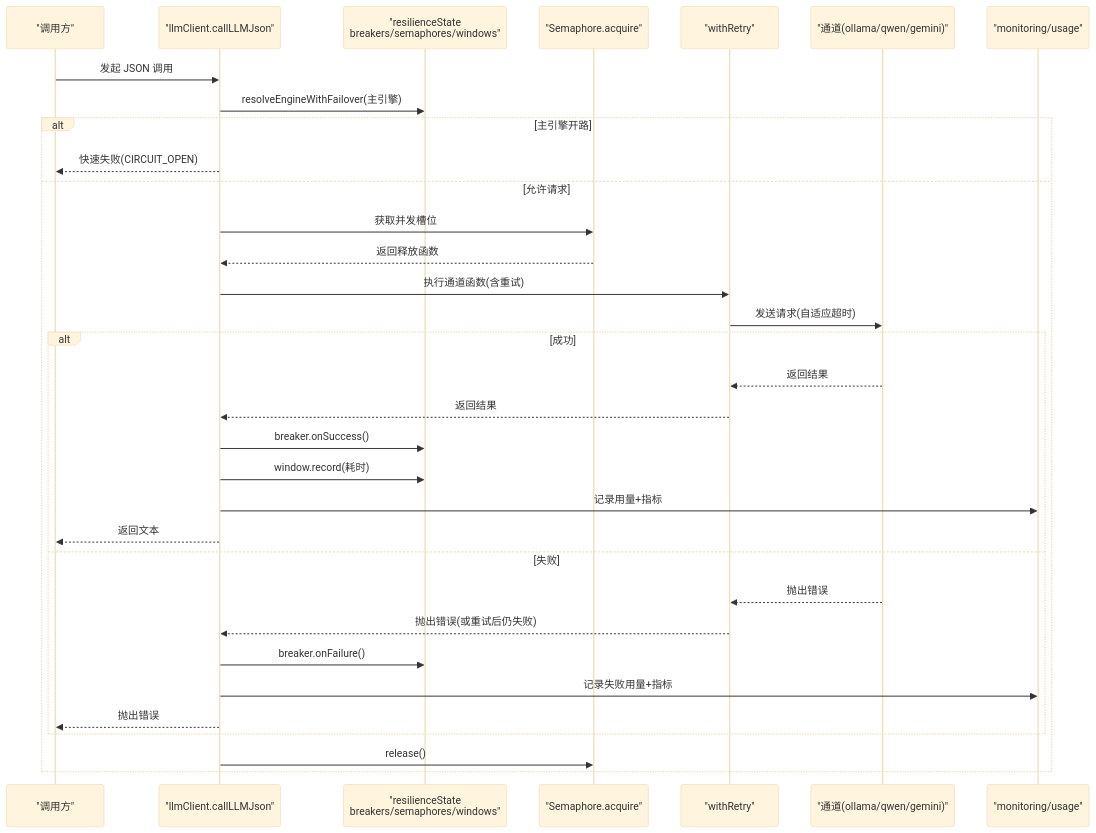
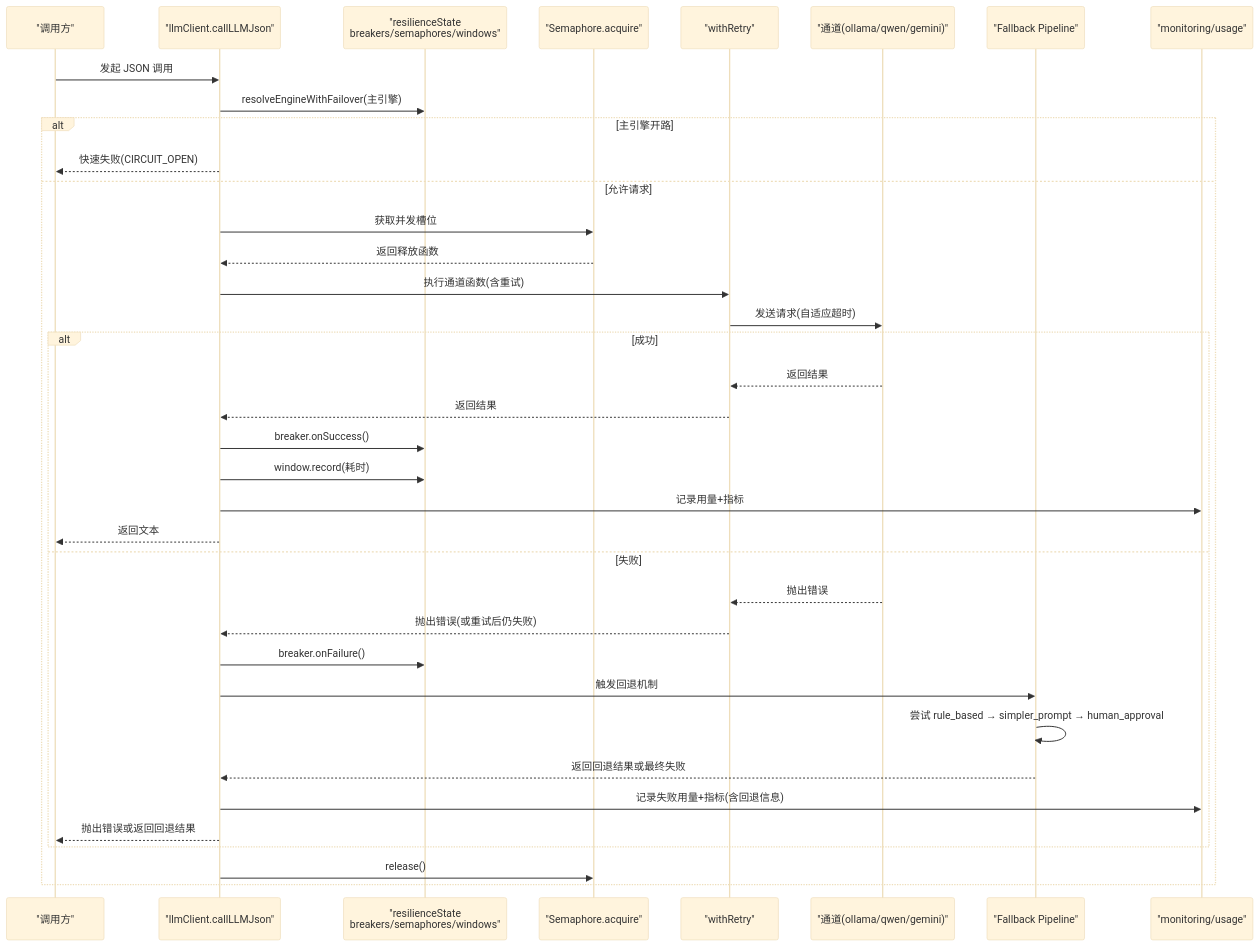
The second of 12 diagrams in .qoder/repowiki/zh/content/AI与LLM集成/容错与故障转移.md (dgjin/smart-data-analytics), drawn with Mermaid (base theme) before and after one commit. The commit also changed other lines of this file and 10 other files, not shown here.

First line of the commit message:
feat(query): Strategy C Human Approval 人工审核队列（v0.9.45）

````diff
--- a/.qoder/repowiki/zh/content/AI与LLM集成/容错与故障转移.md
+++ b/.qoder/repowiki/zh/content/AI与LLM集成/容错与故障转移.md
@@ -108,35 +138,39 @@
 ```mermaid
 sequenceDiagram
 participant U as "调用方"
 participant C as "llmClient.callLLMJson"
 participant R as "resilienceState<br/>breakers/semaphores/windows"
 participant S as "Semaphore.acquire"
 participant RT as "withRetry"
 participant CH as "通道(ollama/qwen/gemini)"
+participant FB as "Fallback Pipeline"
 participant M as "monitoring/usage"
 U->>C : 发起 JSON 调用
 C->>R : resolveEngineWithFailover(主引擎)
 alt 主引擎开路
 C-->>U : 快速失败(CIRCUIT_OPEN)
 else 允许请求
 C->>S : 获取并发槽位
 S-->>C : 返回释放函数
 C->>RT : 执行通道函数(含重试)
 RT->>CH : 发送请求(自适应超时)
 alt 成功
 CH-->>RT : 返回结果
 RT-->>C : 返回结果
 C->>R : breaker.onSuccess()
 C->>R : window.record(耗时)
 C->>M : 记录用量+指标
 C-->>U : 返回文本
 else 失败
 CH-->>RT : 抛出错误
 RT-->>C : 抛出错误(或重试后仍失败)
 C->>R : breaker.onFailure()
-C->>M : 记录失败用量+指标
-C-->>U : 抛出错误
+C->>FB : 触发回退机制
+FB->>FB : 尝试 rule_based → simpler_prompt → human_approval
+FB-->>C : 返回回退结果或最终失败
+C->>M : 记录失败用量+指标(含回退信息)
+C-->>U : 抛出错误或返回回退结果
 end
 C->>S : release()
 end
 ```
````
